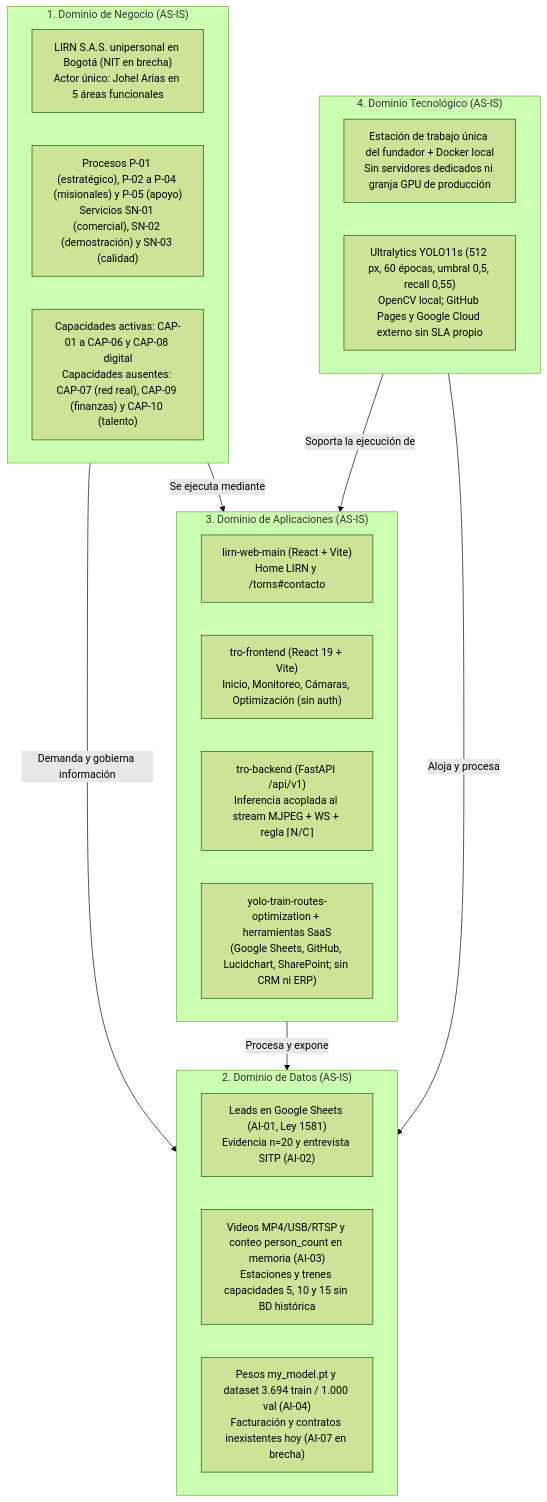
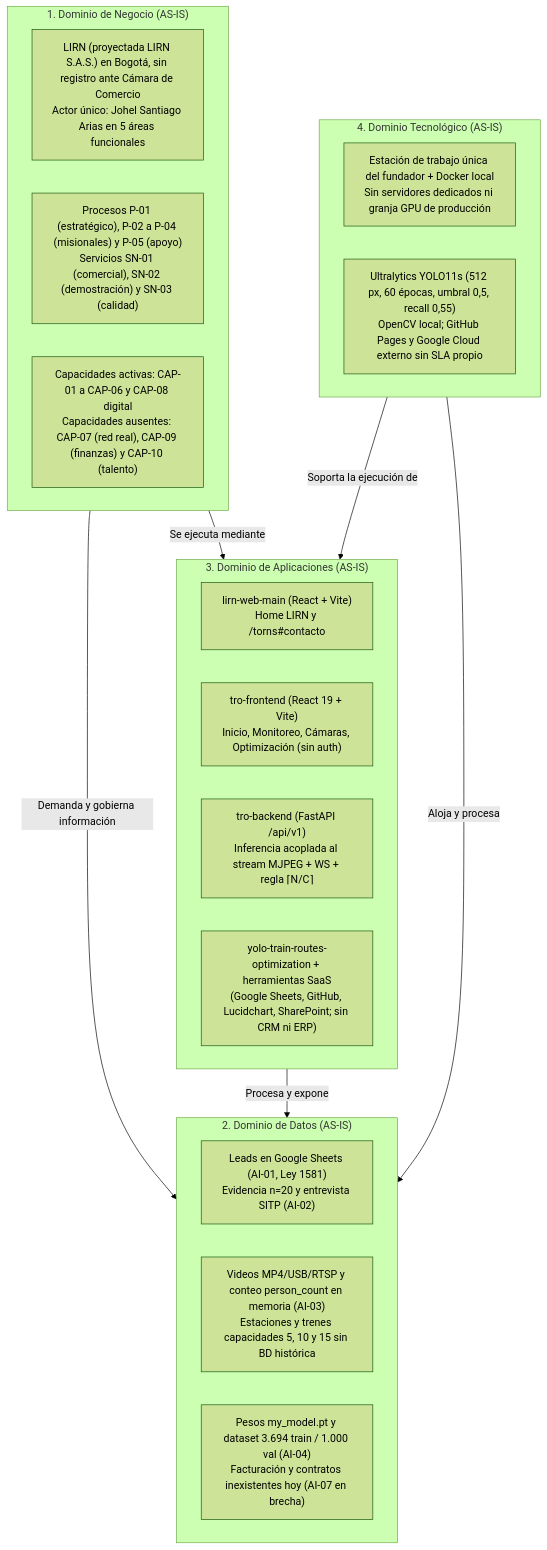
The diagram in docs/ae-final-project/ondas/M1-negocio/04-arquitectura-negocio-as-is.md (5arSanti/tro-launcher), drawn with Mermaid (forest theme) before and after one commit. The commit also changed other lines of this file and 43 other files, not shown here.

````diff
--- a/docs/ae-final-project/ondas/M1-negocio/04-arquitectura-negocio-as-is.md
+++ b/docs/ae-final-project/ondas/M1-negocio/04-arquitectura-negocio-as-is.md
@@ -14,32 +14,32 @@
 ```mermaid
 flowchart TB
     subgraph DOM_NEG["1. Dominio de Negocio (AS-IS)"]
-        N_ORG["LIRN S.A.S. unipersonal en Bogotá (NIT en brecha)<br/>Actor único: Johel Arias en 5 áreas funcionales"]
+        N_ORG["LIRN (proyectada LIRN S.A.S.) en Bogotá, sin registro ante Cámara de Comercio<br/>Actor único: Johel Santiago Arias en 5 áreas funcionales"]
         N_PRO["Procesos P-01 (estratégico), P-02 a P-04 (misionales) y P-05 (apoyo)<br/>Servicios SN-01 (comercial), SN-02 (demostración) y SN-03 (calidad)"]
         N_CAP["Capacidades activas: CAP-01 a CAP-06 y CAP-08 digital<br/>Capacidades ausentes: CAP-07 (red real), CAP-09 (finanzas) y CAP-10 (talento)"]
     end
 
     subgraph DOM_DAT["2. Dominio de Datos (AS-IS)"]
         D_COM["Leads en Google Sheets (AI-01, Ley 1581)<br/>Evidencia n=20 y entrevista SITP (AI-02)"]
         D_OPE["Videos MP4/USB/RTSP y conteo person_count en memoria (AI-03)<br/>Estaciones y trenes capacidades 5, 10 y 15 sin BD histórica"]
         D_MOD["Pesos my_model.pt y dataset 3.694 train / 1.000 val (AI-04)<br/>Facturación y contratos inexistentes hoy (AI-07 en brecha)"]
     end
 
     subgraph DOM_APP["3. Dominio de Aplicaciones (AS-IS)"]
         A_WEB["lirn-web-main (React + Vite)<br/>Home LIRN y /torns#contacto"]
         A_FE["tro-frontend (React 19 + Vite)<br/>Inicio, Monitoreo, Cámaras, Optimización (sin auth)"]
         A_BE["tro-backend (FastAPI /api/v1)<br/>Inferencia acoplada al stream MJPEG + WS + regla ⌈N/C⌉"]
         A_TRN["yolo-train-routes-optimization + herramientas SaaS<br/>(Google Sheets, GitHub, Lucidchart, SharePoint; sin CRM ni ERP)"]
     end
 
     subgraph DOM_TEC["4. Dominio Tecnológico (AS-IS)"]
         T_LOC["Estación de trabajo única del fundador + Docker local<br/>Sin servidores dedicados ni granja GPU de producción"]
         T_MOD["Ultralytics YOLO11s (512 px, 60 épocas, umbral 0,5, recall 0,55)<br/>OpenCV local; GitHub Pages y Google Cloud externo sin SLA propio"]
     end
 
     DOM_NEG -->|"Demanda y gobierna información"| DOM_DAT
     DOM_NEG -->|"Se ejecuta mediante"| DOM_APP
     DOM_APP -->|"Procesa y expone"| DOM_DAT
     DOM_TEC -->|"Soporta la ejecución de"| DOM_APP
     DOM_TEC -->|"Aloja y procesa"| DOM_DAT
 ```
````
